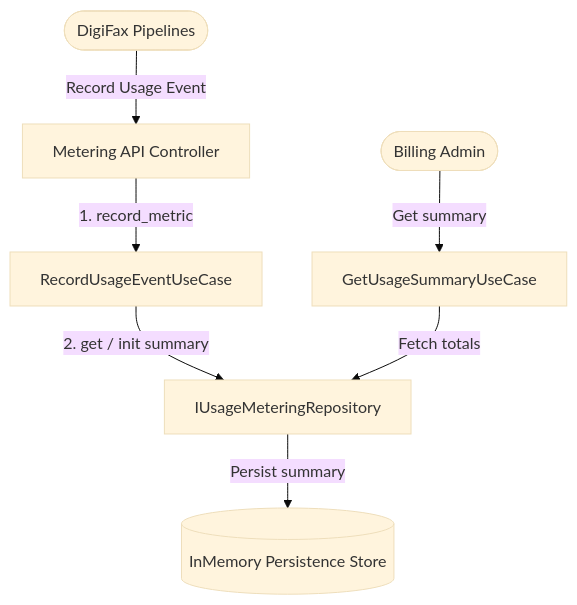
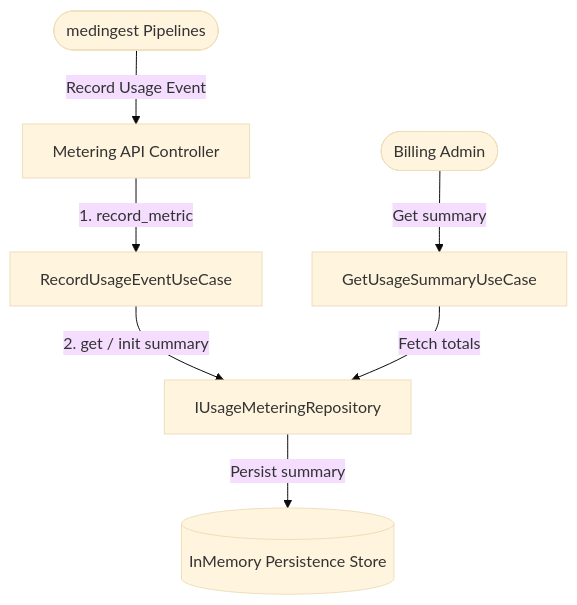
One commit to OpenHealthAgents/DigiFax changed the diagram in docs/domain/metering.md. Above: the diagram before and after it, drawn with Mermaid (base theme). The commit also changed 391 other files, not shown here.

````diff
--- a/docs/domain/metering.md
+++ b/docs/domain/metering.md
@@ -9,9 +9,9 @@
 ```mermaid
 graph TD
-    System([DigiFax Pipelines]) -->|Record Usage Event| API[Metering API Controller]
+    System([medingest Pipelines]) -->|Record Usage Event| API[Metering API Controller]
     API -->|1. record_metric| UseCase[RecordUsageEventUseCase]
     UseCase -->|2. get / init summary| Repo[IUsageMeteringRepository]
     Repo -->|Persist summary| DB[(InMemory Persistence Store)]
     BillingOfficer([Billing Admin]) -->|Get summary| SummaryUseCase[GetUsageSummaryUseCase]
     SummaryUseCase -->|Fetch totals| Repo
 ```
````
